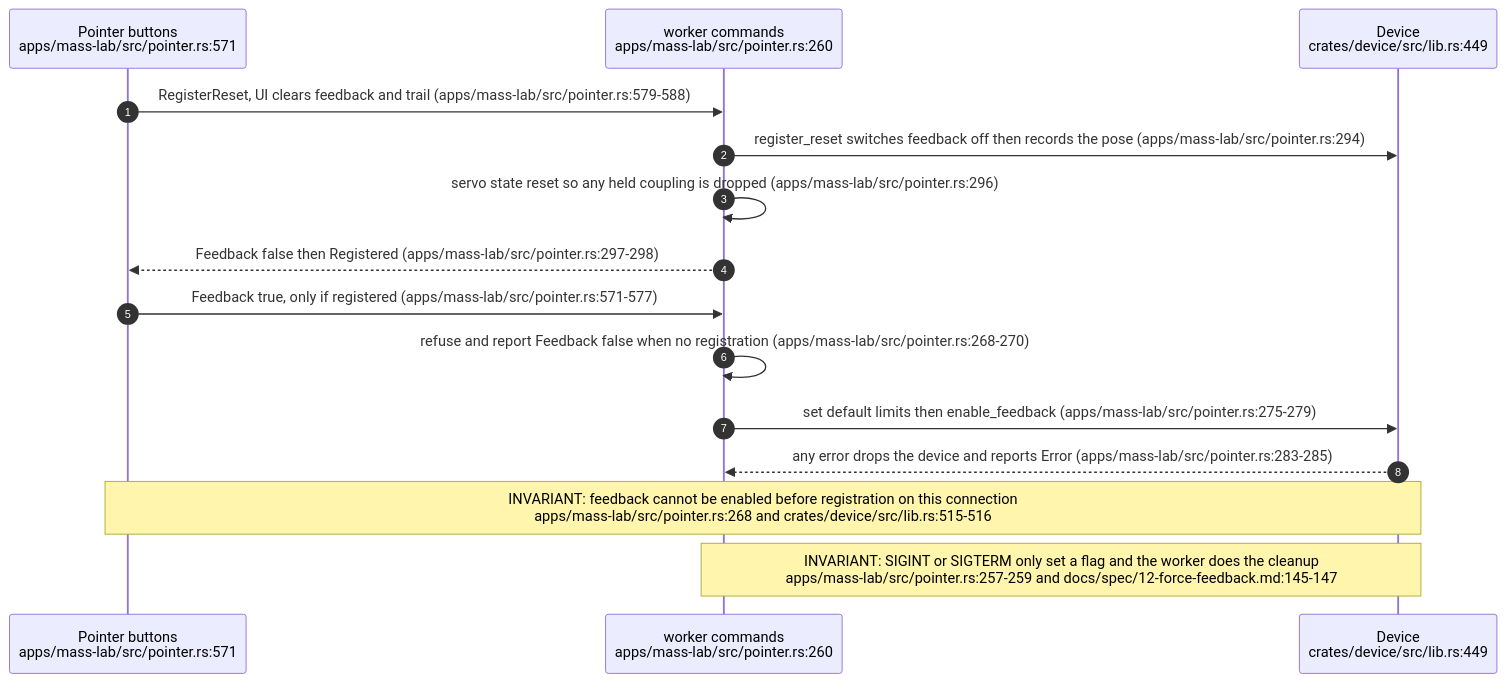
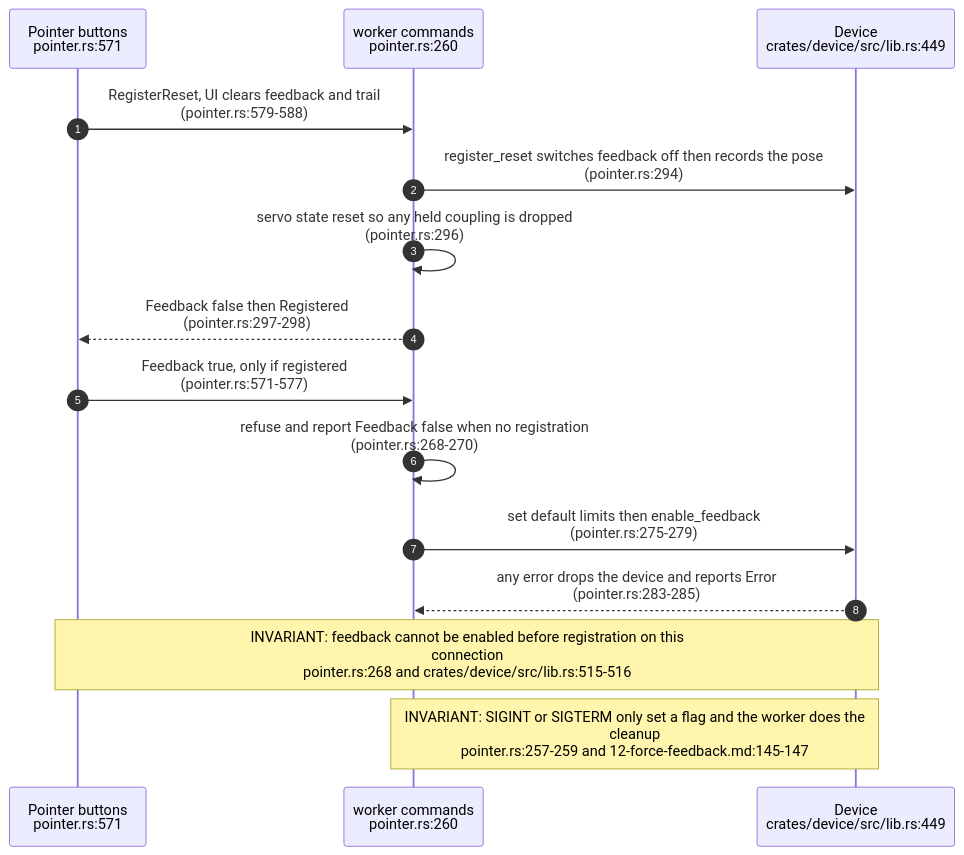
One commit to DreamLab-AI/VisionFlow changed the fifth of 5 diagrams in docs/diagrams/visiontouch-rs/04-mass-lab-servo-rate-coupling.md. Above: the diagram before and after it, drawn with Mermaid. The commit also changed other lines of this file and 27 other files, not shown here.

````diff
--- a/docs/diagrams/visiontouch-rs/04-mass-lab-servo-rate-coupling.md
+++ b/docs/diagrams/visiontouch-rs/04-mass-lab-servo-rate-coupling.md
@@ -141,17 +144,17 @@
 ```mermaid
 sequenceDiagram
     autonumber
-    participant UI as Pointer buttons<br/>apps/mass-lab/src/pointer.rs:571
-    participant WK as worker commands<br/>apps/mass-lab/src/pointer.rs:260
+    participant UI as Pointer buttons<br/>pointer.rs:571
+    participant WK as worker commands<br/>pointer.rs:260
     participant DV as Device<br/>crates/device/src/lib.rs:449
-    UI->>WK: RegisterReset, UI clears feedback and trail (apps/mass-lab/src/pointer.rs:579-588)
-    WK->>DV: register_reset switches feedback off then records the pose (apps/mass-lab/src/pointer.rs:294)
-    WK->>WK: servo state reset so any held coupling is dropped (apps/mass-lab/src/pointer.rs:296)
-    WK-->>UI: Feedback false then Registered (apps/mass-lab/src/pointer.rs:297-298)
-    UI->>WK: Feedback true, only if registered (apps/mass-lab/src/pointer.rs:571-577)
-    WK->>WK: refuse and report Feedback false when no registration (apps/mass-lab/src/pointer.rs:268-270)
-    WK->>DV: set default limits then enable_feedback (apps/mass-lab/src/pointer.rs:275-279)
-    DV-->>WK: any error drops the device and reports Error (apps/mass-lab/src/pointer.rs:283-285)
-    Note over UI,DV: INVARIANT: feedback cannot be enabled before registration on this connection<br/>apps/mass-lab/src/pointer.rs:268 and crates/device/src/lib.rs:515-516
-    Note over WK,DV: INVARIANT: SIGINT or SIGTERM only set a flag and the worker does the cleanup<br/>apps/mass-lab/src/pointer.rs:257-259 and docs/spec/12-force-feedback.md:145-147
+    UI->>WK: RegisterReset, UI clears feedback and trail<br/>(pointer.rs:579-588)
+    WK->>DV: register_reset switches feedback off then records the pose<br/>(pointer.rs:294)
+    WK->>WK: servo state reset so any held coupling is dropped<br/>(pointer.rs:296)
+    WK-->>UI: Feedback false then Registered<br/>(pointer.rs:297-298)
+    UI->>WK: Feedback true, only if registered<br/>(pointer.rs:571-577)
+    WK->>WK: refuse and report Feedback false when no registration<br/>(pointer.rs:268-270)
+    WK->>DV: set default limits then enable_feedback<br/>(pointer.rs:275-279)
+    DV-->>WK: any error drops the device and reports Error<br/>(pointer.rs:283-285)
+    Note over UI,DV: INVARIANT: feedback cannot be enabled before registration on this<br/>connection<br/>pointer.rs:268 and crates/device/src/lib.rs:515-516
+    Note over WK,DV: INVARIANT: SIGINT or SIGTERM only set a flag and the worker does the<br/>cleanup<br/>pointer.rs:257-259 and 12-force-feedback.md:145-147
 ```
````
